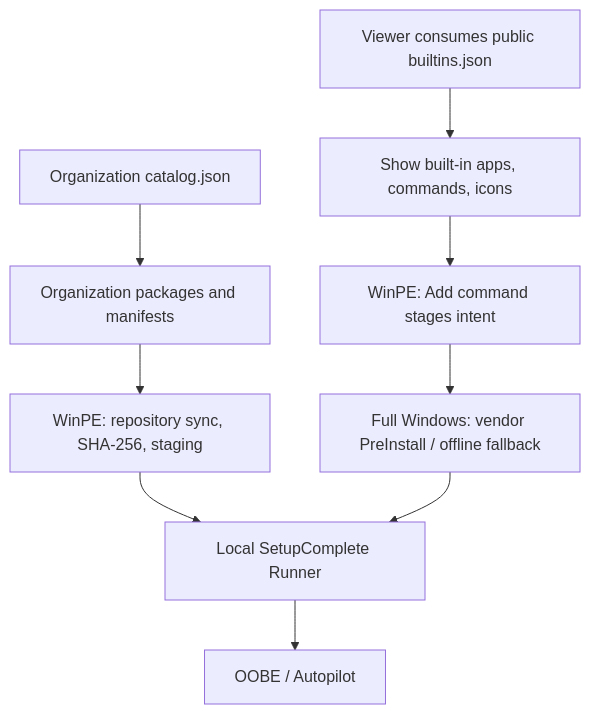
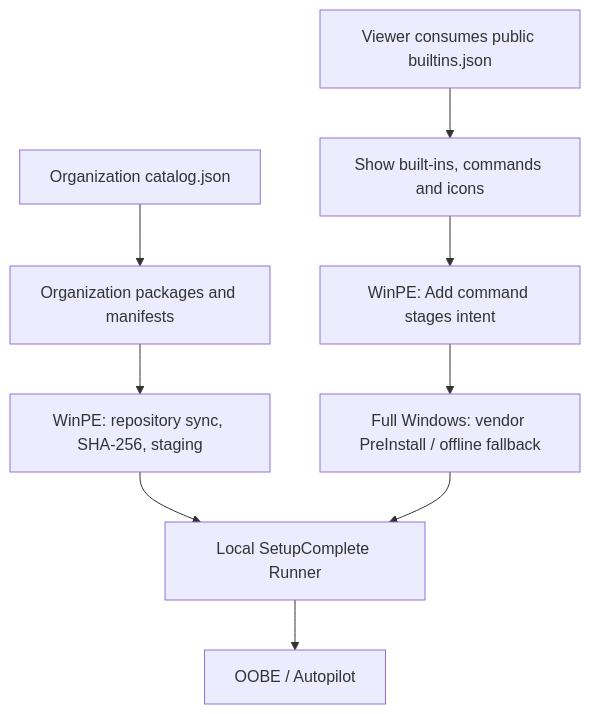
One commit to roryvossepoel/OSDApps changed the diagram in docs/public-metadata.md. Above: the diagram before and after it, drawn with Mermaid. The commit also changed other lines of this file and 32 other files, not shown here.

````diff
--- a/docs/public-metadata.md
+++ b/docs/public-metadata.md
@@ -65,11 +63,11 @@
 ```mermaid
 flowchart TB
-    A[Viewer consumes public builtins.json] --> B[Show built-in apps, commands, icons]
+    A[Viewer consumes public builtins.json] --> B[Show built-ins, commands and icons]
     R[Organization catalog.json] --> S[Organization packages and manifests]
     B --> C[WinPE: Add command stages intent]
     S --> D[WinPE: repository sync, SHA-256, staging]
     C --> E[Full Windows: vendor PreInstall / offline fallback]
     D --> F[Local SetupComplete Runner]
     E --> F
     F --> G[OOBE / Autopilot]
 ```
````
